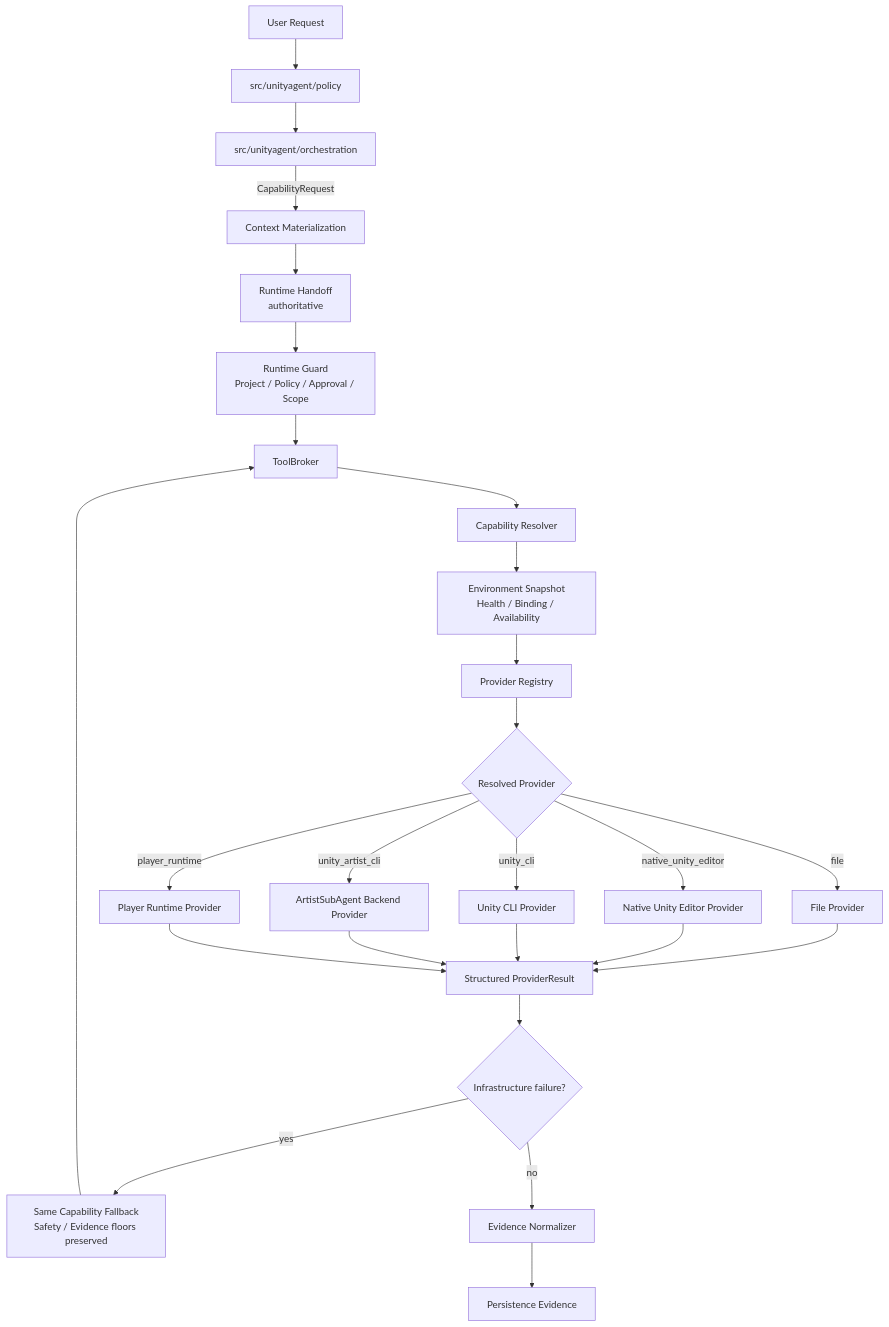
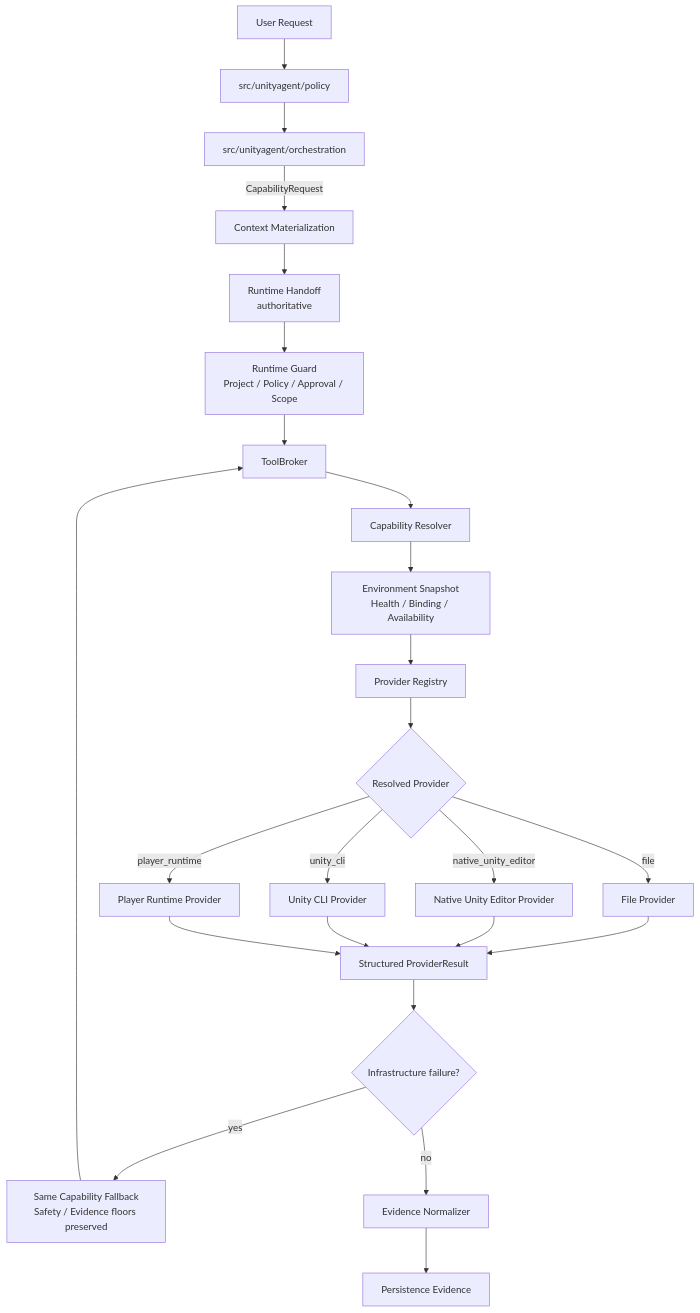
The first of 6 diagrams in docs/architecture/production-tool-runtime.md (DarumaPPAP/UnityAgent), drawn with Mermaid before and after one commit. The commit also changed other lines of this file and 343 other files, not shown here.

````diff
--- a/docs/architecture/production-tool-runtime.md
+++ b/docs/architecture/production-tool-runtime.md
@@ -44,32 +44,30 @@
 ```mermaid
 flowchart TD
     U[User Request] --> P[src/unityagent/policy]
     P --> O[src/unityagent/orchestration]
     O -->|CapabilityRequest| C[Context Materialization]
     C --> H[Runtime Handoff<br/>authoritative]
 
     H --> G[Runtime Guard<br/>Project / Policy / Approval / Scope]
     G --> B[ToolBroker]
     B --> R[Capability Resolver]
     R --> E[Environment Snapshot<br/>Health / Binding / Availability]
     E --> PR[Provider Registry]
 
     PR --> D{Resolved Provider}
     D -->|file| PF[File Provider]
     D -->|native_unity_editor| PN[Native Unity Editor Provider]
     D -->|unity_cli| PC[Unity CLI Provider]
-    D -->|unity_artist_cli| PA[ArtistSubAgent Backend Provider]
     D -->|player_runtime| PP[Player Runtime Provider]
 
     PF --> X[Structured ProviderResult]
     PN --> X
     PC --> X
-    PA --> X
     PP --> X
 
     X --> F{Infrastructure failure?}
     F -->|yes| FB[Same Capability Fallback<br/>Safety / Evidence floors preserved]
     FB --> B
     F -->|no| N[Evidence Normalizer]
     N --> PE[Persistence Evidence]
 ```
````
